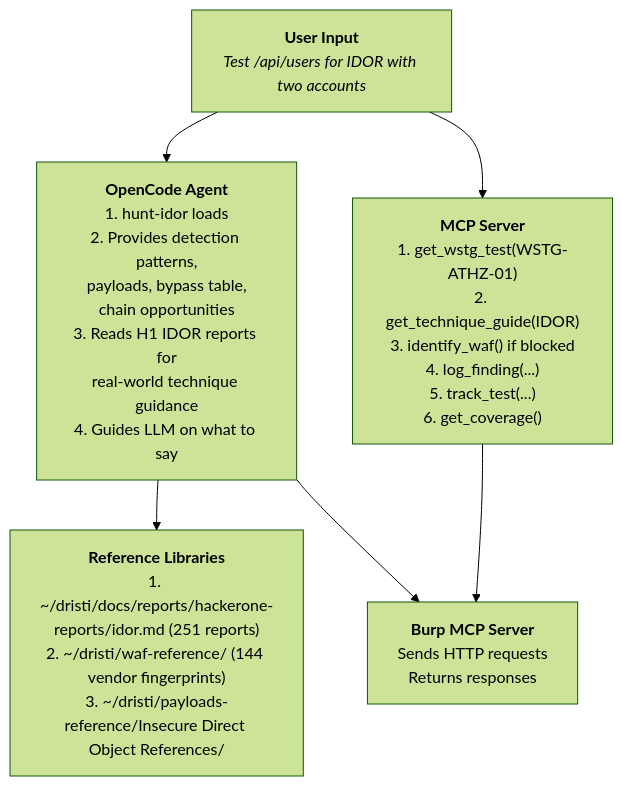
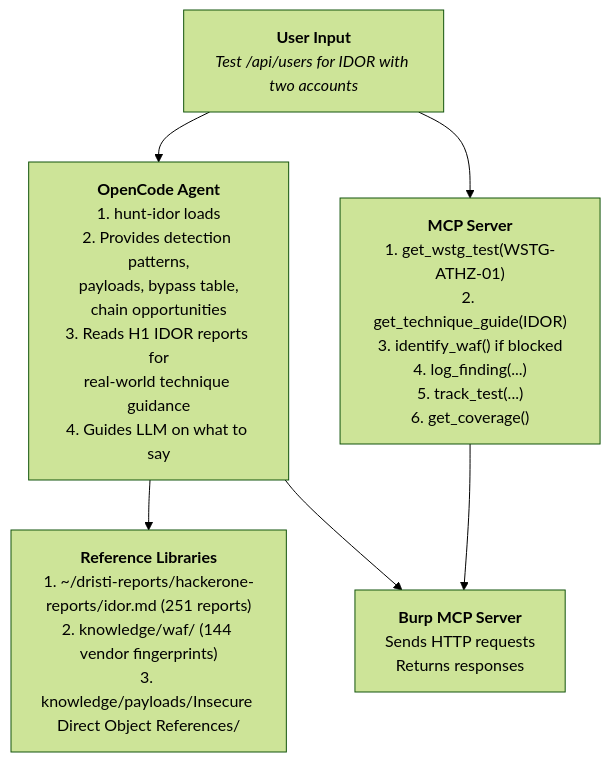
Before and after one commit to manojxshrestha/dristi: the third of 3 diagrams in docs/workflow.md, drawn with Mermaid (forest theme). The commit also changed other lines of this file and 1116 other files, not shown here.

First line of the commit message:
Restructure project: consolidate dirs, move reports to ~/dristi-reports/, fix paths

````diff
--- a/docs/workflow.md
+++ b/docs/workflow.md
@@ -351,37 +351,37 @@
 ```mermaid
 graph TB
     User["`**User Input**
     *Test /api/users for IDOR with two accounts*`"]
 
     Agent["`**OpenCode Agent**
     1. hunt-idor loads
     2. Provides detection patterns,
        payloads, bypass table,
        chain opportunities
     3. Reads H1 IDOR reports for
        real-world technique guidance
     4. Guides LLM on what to say`"]
 
     MCP["`**MCP Server**
     1. get_wstg_test(WSTG-ATHZ-01)
     2. get_technique_guide(IDOR)
     3. identify_waf() if blocked
     4. log_finding(...)
     5. track_test(...)
     6. get_coverage()`"]
 
     Refs["`**Reference Libraries**
-    1. ~/dristi/docs/reports/hackerone-reports/idor.md (251 reports)
-    2. ~/dristi/waf-reference/ (144 vendor fingerprints)
-    3. ~/dristi/payloads-reference/Insecure Direct Object References/`"]
+    1. ~/dristi-reports/hackerone-reports/idor.md (251 reports)
+    2. knowledge/waf/ (144 vendor fingerprints)
+    3. knowledge/payloads/Insecure Direct Object References/`"]
 
     Burp["`**Burp MCP Server**
     Sends HTTP requests
     Returns responses`"]
 
     User --> Agent
     User --> MCP
     Agent --> Refs
     Agent --> Burp
     MCP --> Burp
 ```
````
